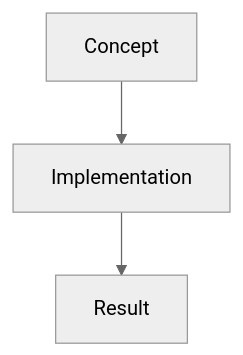
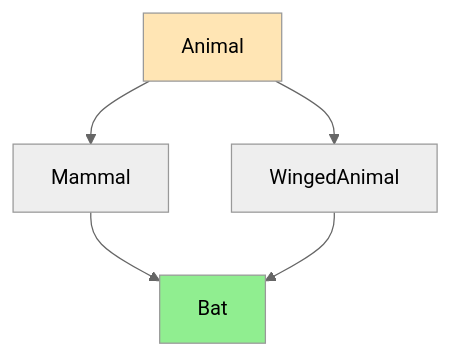
The diagram in docs/programming/cpp/07-classes-and-oop/multiple-inheritance.md (AndriiSonsiadlo/knowledge-base), drawn with Mermaid (neutral theme) before and after one commit. The commit also changed other lines of this file and 6 other files, not shown here.

````diff
--- a/docs/programming/cpp/07-classes-and-oop/multiple-inheritance.md
+++ b/docs/programming/cpp/07-classes-and-oop/multiple-inheritance.md
@@ -35,5 +151,10 @@
 ```mermaid
 graph TD
-    A[Concept] --> B[Implementation]
-    B --> C[Result]
+    A[Animal] --> B[Mammal]
+    A --> C[WingedAnimal]
+    B --> D[Bat]
+    C --> D
+    
+    style A fill:#FFE5B4
+    style D fill:#90EE90
 ```
````
